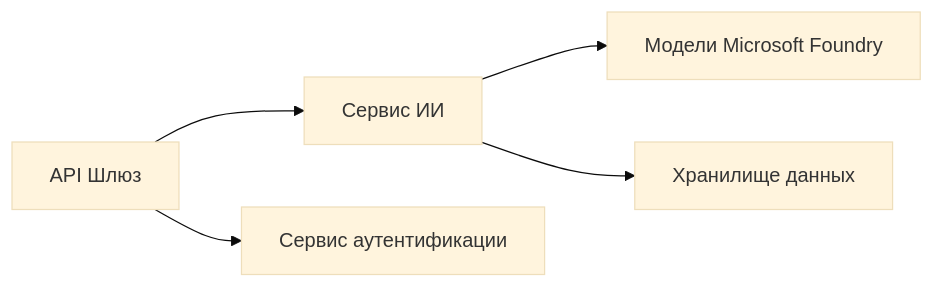
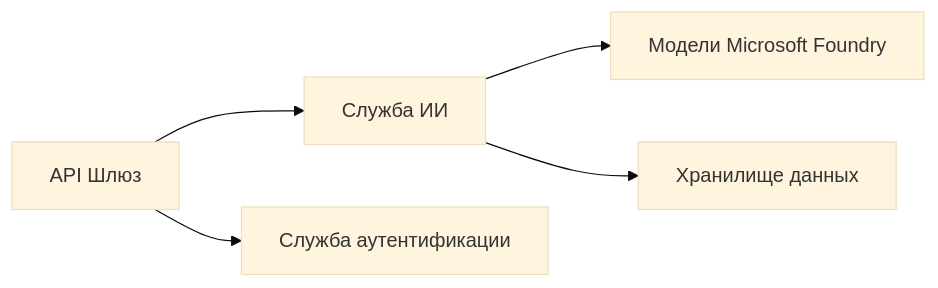
Before and after one commit to microsoft/AZD-for-beginners: the first of 2 diagrams in translations/ru/docs/chapter-08-production/README.md, drawn with Mermaid (base theme). The commit also changed other lines of this file and 101 other files, not shown here.

````diff
--- a/translations/ru/docs/chapter-08-production/README.md
+++ b/translations/ru/docs/chapter-08-production/README.md
@@ -46,6 +48,6 @@
 ```mermaid
 graph LR
-    Gateway[API Шлюз] --> AI[Сервис ИИ] --> Models[Модели Microsoft Foundry]
-    Gateway --> Auth[Сервис аутентификации]
+    Gateway[API Шлюз] --> AI[Служба ИИ] --> Models[Модели Microsoft Foundry]
+    Gateway --> Auth[Служба аутентификации]
     AI --> Data[Хранилище данных]
 ```
````
